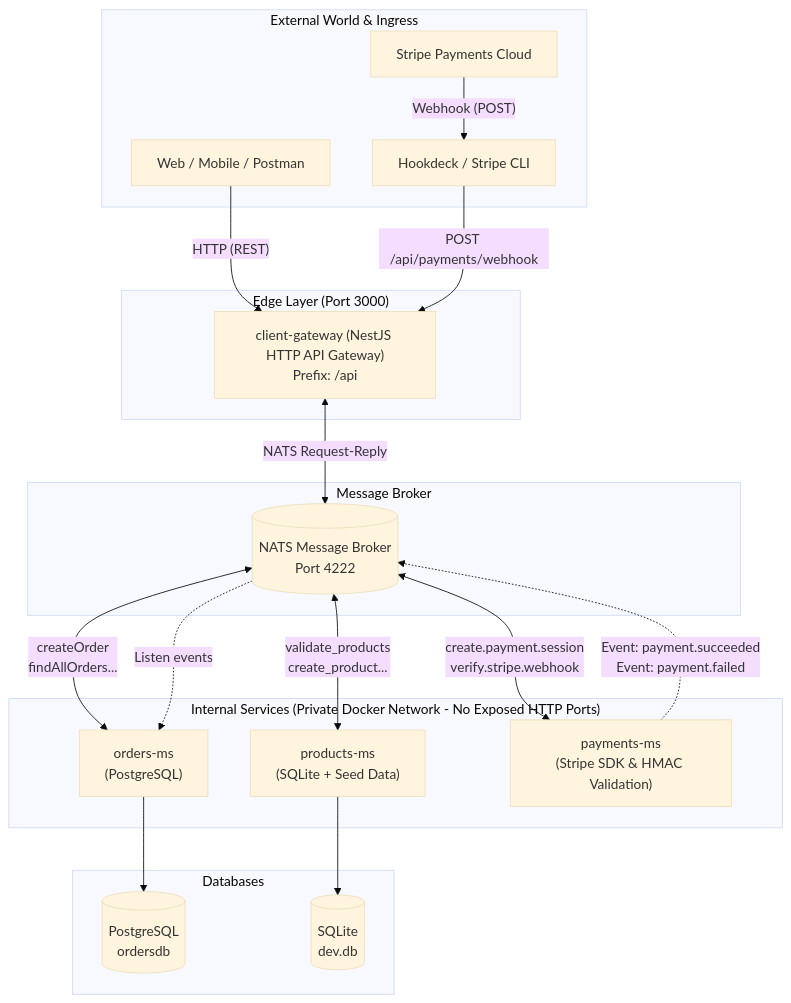
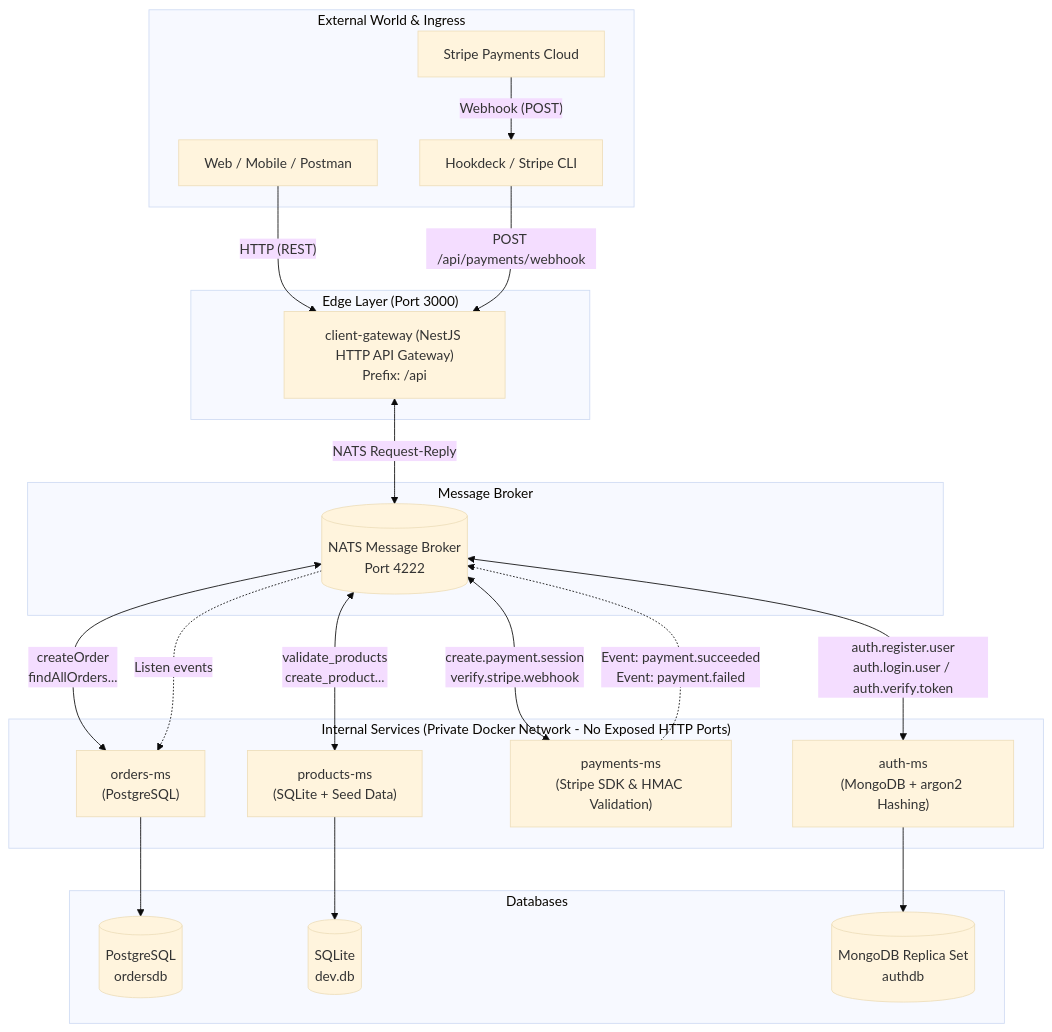
Before and after one commit to NestJS-Microservicios-Curso/products-launcher: the diagram in README.md, drawn with Mermaid (base theme). The commit also changed other lines of this file and 8 other files, not shown here.

Commit message:
feat(launcher): add auth microservice and scripts to initialize single-node MongoDB replica set (required by Prisma for transactions)

````diff
--- a/README.md
+++ b/README.md
@@ -11,48 +11,52 @@
 ```mermaid
 flowchart TD
     subgraph External["External World & Ingress"]
         Client["Web / Mobile / Postman"]
         Stripe["Stripe Payments Cloud"]
         Hookdeck["Hookdeck / Stripe CLI"]
     end
 
     subgraph Edge["Edge Layer (Port 3000)"]
         Gateway["client-gateway (NestJS HTTP API Gateway)\nPrefix: /api"]
     end
 
     subgraph Broker["Message Broker"]
         NATS[("NATS Message Broker\nPort 4222")]
     end
 
     subgraph Internal["Internal Services (Private Docker Network - No Exposed HTTP Ports)"]
         ProductsMS["products-ms\n(SQLite + Seed Data)"]
         OrdersMS["orders-ms\n(PostgreSQL)"]
         PaymentsMS["payments-ms\n(Stripe SDK & HMAC Validation)"]
+        AuthMS["auth-ms\n(MongoDB + argon2 Hashing)"]
     end
-
+    
     subgraph Storage["Databases"]
         OrdersDB[("PostgreSQL\nordersdb")]
         ProductsDB[("SQLite\ndev.db")]
+        AuthDB[("MongoDB Replica Set\nauthdb")]
     end
 
     %% Inbound HTTP
     Client -->|"HTTP (REST)"| Gateway
     Stripe -->|"Webhook (POST)"| Hookdeck
     Hookdeck -->|"POST /api/payments/webhook"| Gateway
 
     %% Gateway to NATS
     Gateway <-->|"NATS Request-Reply"| NATS
 
     %% Internal Communication via NATS
     NATS <-->|"validate_products\ncreate_product..."| ProductsMS
     NATS <-->|"createOrder\nfindAllOrders..."| OrdersMS
     NATS <-->|"create.payment.session\nverify.stripe.webhook"| PaymentsMS
+    NATS <-->|"auth.register.user\nauth.login.user / auth.verify.token"| AuthMS
 
     %% Event-Driven pub/sub
     PaymentsMS -.->|"Event: payment.succeeded\nEvent: payment.failed"| NATS
     NATS -.->|"Listen events"| OrdersMS
 
     %% Persistence
     OrdersMS --> OrdersDB
     ProductsMS --> ProductsDB
+    AuthMS --> AuthDB
 ```
````
